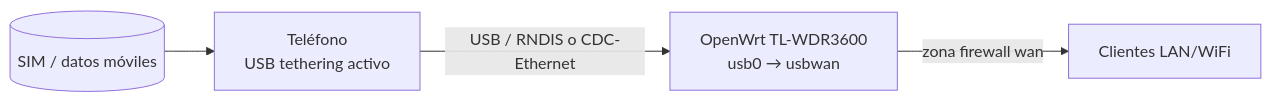
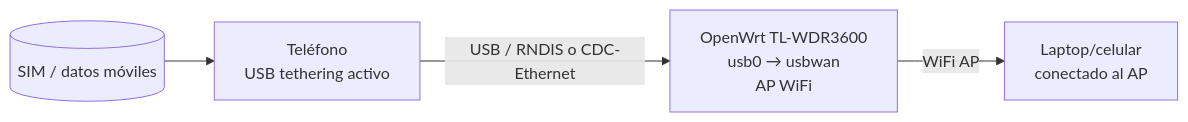
One commit to rafex/PoC-OpenWRT-Raspi3b changed the diagram in docs/uses-case/examples/usb-tether-uplink.md. Above: the diagram before and after it, drawn with Mermaid. The commit also changed other lines of this file and 3 other files, not shown here.

````diff
--- a/docs/uses-case/examples/usb-tether-uplink.md
+++ b/docs/uses-case/examples/usb-tether-uplink.md
@@ -7,11 +7,11 @@
 ```mermaid
 flowchart LR
     sim[("SIM / datos móviles")]
     phone["Teléfono<br/>USB tethering activo"]
-    router["OpenWrt TL-WDR3600<br/>usb0 → usbwan"]
-    lan["Clientes LAN/WiFi"]
+    router["OpenWrt TL-WDR3600<br/>usb0 → usbwan<br/>AP WiFi"]
+    device["Laptop/celular<br/>conectado al AP"]
 
     sim --> phone
     phone -- "USB / RNDIS o CDC-Ethernet" --> router
-    router -- "zona firewall wan" --> lan
+    router -- "WiFi AP" --> device
 ```
````
